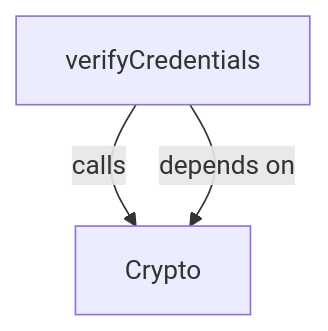
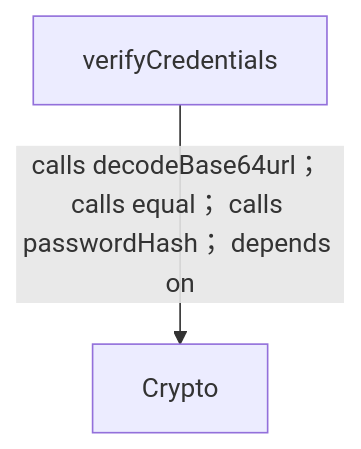
One commit to GreenPandaStudios/augscript changed the first of 2 diagrams in docs/examples/oidc-login/provider/credentials-diagrams.md. Above: the diagram before and after it, drawn with Mermaid. The commit also changed other lines of this file and 304 other files, not shown here.

Commit message:
Make generated data-flow sequences concise and review every diagram

````diff
--- a/docs/examples/oidc-login/provider/credentials-diagrams.md
+++ b/docs/examples/oidc-login/provider/credentials-diagrams.md
@@ -19,7 +19,6 @@
 ```mermaid
 flowchart TD
     n0["Crypto"]
     n1["verifyCredentials"]
-    n1 -->|"calls"| n0
-    n1 -->|"depends on"| n0
+    n1 -->|"calls decodeBase64url； calls equal； calls passwordHash； depends on"| n0
 ```
````
